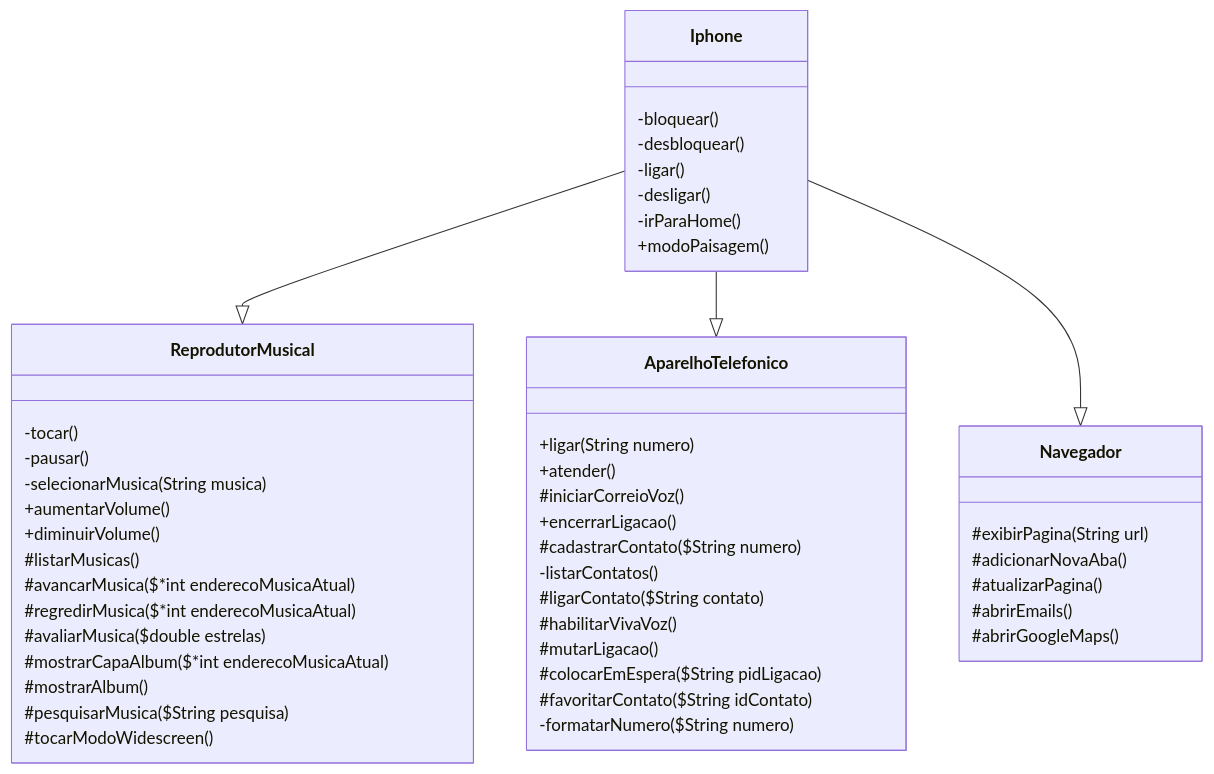
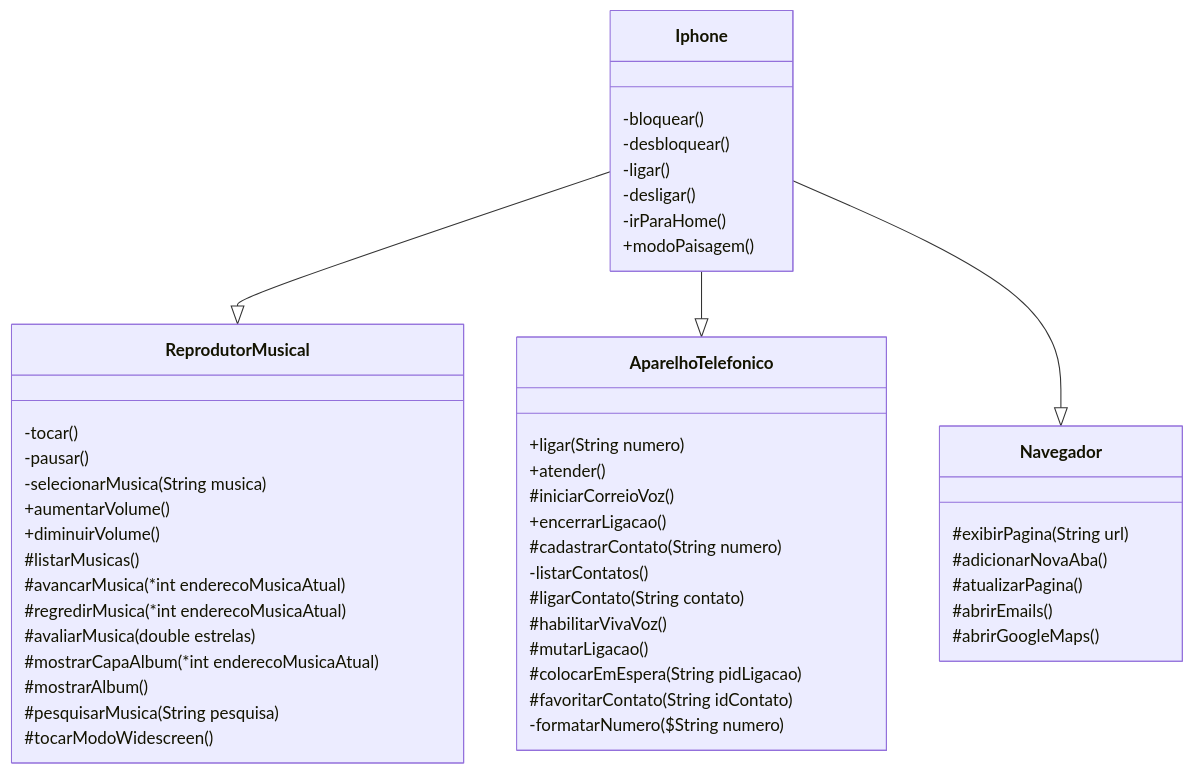
One commit to glauber-odev/dio_trilha_java_basico changed the diagram in desafios/poo/README.md. Above: the diagram before and after it, drawn with Mermaid.

Commit message:
Add: Modificações no desafio

````diff
--- a/desafios/poo/README.md
+++ b/desafios/poo/README.md
@@ -4,56 +4,56 @@
 ```mermaid
 classDiagram
     Iphone --|> ReprodutorMusical
     Iphone --|> AparelhoTelefonico
     Iphone --|> Navegador
 
     class Iphone{
         -bloquear()
         -desbloquear()
         -ligar()
         -desligar()
         -irParaHome()
         +modoPaisagem()
 
     }
     class ReprodutorMusical{
         -tocar()
         -pausar()
         -selecionarMusica(String musica)
         +aumentarVolume()
         +diminuirVolume()
         #listarMusicas()
-        #avancarMusica($*int enderecoMusicaAtual)
-        #regredirMusica($*int enderecoMusicaAtual)
-        #avaliarMusica($double estrelas)
-        #mostrarCapaAlbum($*int enderecoMusicaAtual)
+        #avancarMusica(*int enderecoMusicaAtual)
+        #regredirMusica(*int enderecoMusicaAtual)
+        #avaliarMusica(double estrelas)
+        #mostrarCapaAlbum(*int enderecoMusicaAtual)
         #mostrarAlbum()
-        #pesquisarMusica($String pesquisa)
+        #pesquisarMusica(String pesquisa)
         #tocarModoWidescreen()
       
     }
     class AparelhoTelefonico{
         +ligar(String numero)
         +atender()
         #iniciarCorreioVoz()
         +encerrarLigacao()
-        #cadastrarContato($String numero)
+        #cadastrarContato(String numero)
         -listarContatos()
-        #ligarContato($String contato)
+        #ligarContato(String contato)
         #habilitarVivaVoz()
         #mutarLigacao()
-        #colocarEmEspera($String pidLigacao)
-        #favoritarContato($String idContato)
+        #colocarEmEspera(String pidLigacao)
+        #favoritarContato(String idContato)
         -formatarNumero($String numero)
       
     }
     class Navegador{
         #exibirPagina(String url)
         #adicionarNovaAba()
         #atualizarPagina()
         #abrirEmails()
         #abrirGoogleMaps()
     
     }
 
 ```
````
